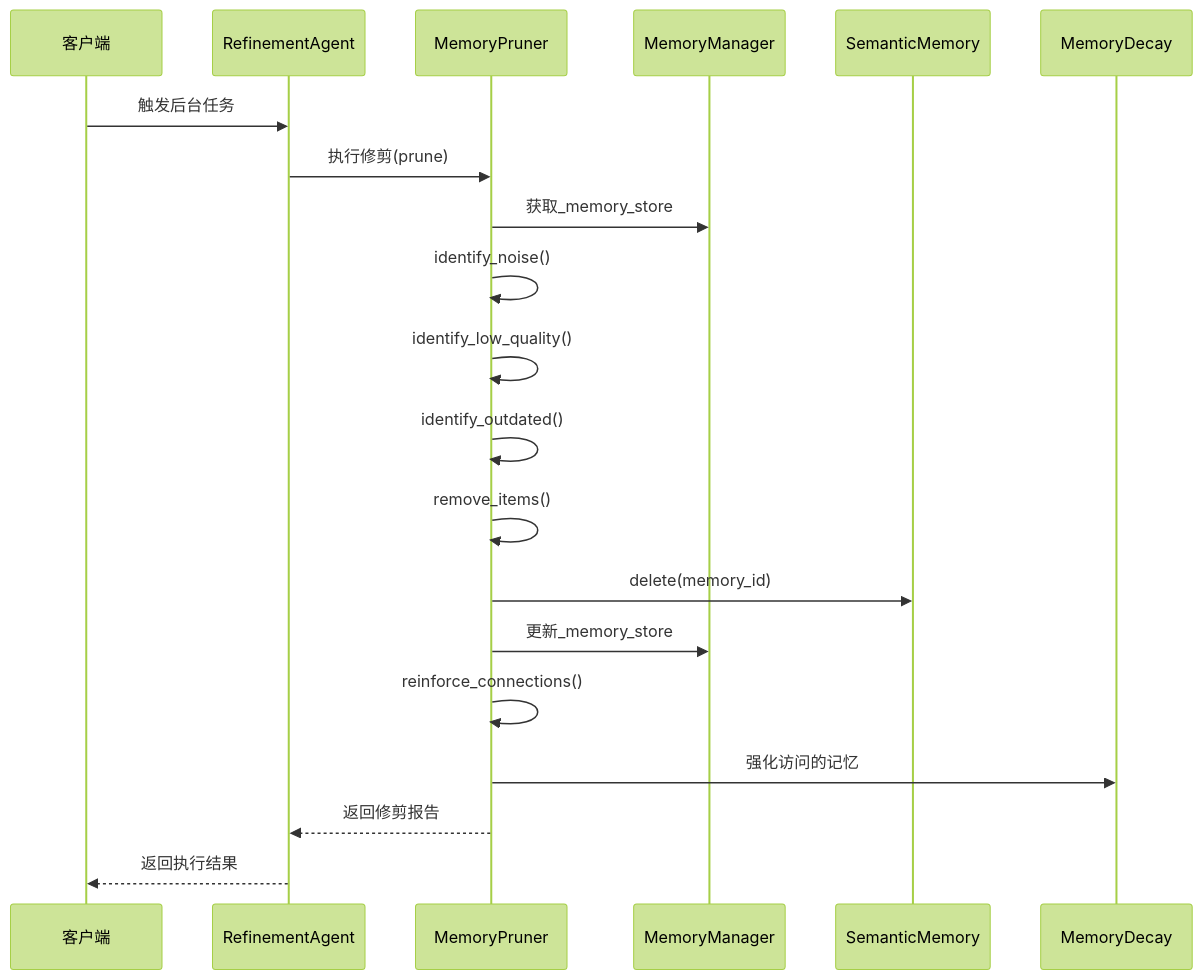
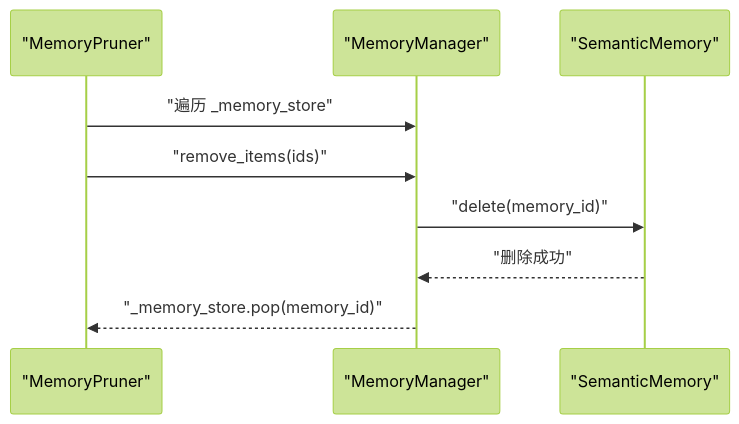
The fifth of 7 diagrams in .qoder/repowiki/zh/content/巩固层模块/记忆修剪系统.md (JieGaoPrinceton/NecoRAG), drawn with Mermaid (forest theme) before and after one commit. The commit also changed other lines of this file and 181 other files, not shown here.

````diff
--- a/.qoder/repowiki/zh/content/巩固层模块/记忆修剪系统.md
+++ b/.qoder/repowiki/zh/content/巩固层模块/记忆修剪系统.md
@@ -148,22 +195,11 @@
 ```mermaid
 sequenceDiagram
-participant Client as 客户端
-participant RA as RefinementAgent
-participant MP as MemoryPruner
-participant MM as MemoryManager
-participant SM as SemanticMemory
-participant MD as MemoryDecay
-Client->>RA : 触发后台任务
-RA->>MP : 执行修剪(prune)
-MP->>MM : 获取_memory_store
-MP->>MP : identify_noise()
-MP->>MP : identify_low_quality()
-MP->>MP : identify_outdated()
-MP->>MP : remove_items()
-MP->>SM : delete(memory_id)
-MP->>MM : 更新_memory_store
-MP->>MP : reinforce_connections()
-MP->>MD : 强化访问的记忆
-MP-->>RA : 返回修剪报告
-RA-->>Client : 返回执行结果
+participant MP as "MemoryPruner"
+participant MM as "MemoryManager"
+participant SM as "SemanticMemory"
+MP->>MM : "遍历 _memory_store"
+MP->>MM : "remove_items(ids)"
+MM->>SM : "delete(memory_id)"
+SM-->>MM : "删除成功"
+MM-->>MP : "_memory_store.pop(memory_id)"
 ```
````
